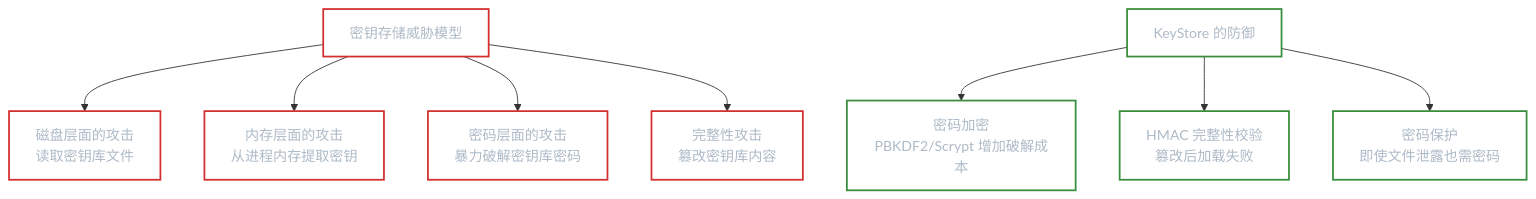
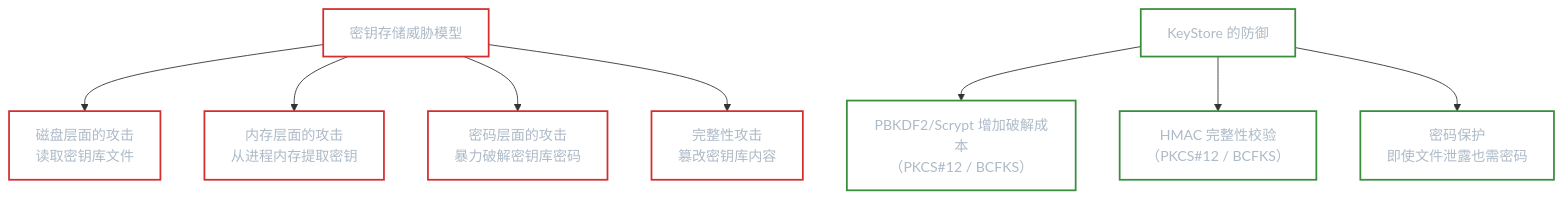
Before and after one commit to luguosong/programming-notes: the first of 4 diagrams in docs/topic/cryptography/key-storage/index.md, drawn with Mermaid. The commit also changed other lines of this file, not shown here.

Commit message:
docs: 修复密钥存储笔记审查问题（PKCS#12 KDF/HMAC 精确化、JKS 威胁模型限定）

````diff
--- a/docs/topic/cryptography/key-storage/index.md
+++ b/docs/topic/cryptography/key-storage/index.md
@@ -35,17 +35,17 @@
 ```mermaid
 graph TD
     A["密钥存储威胁模型"] --> B["磁盘层面的攻击<br/>读取密钥库文件"]
     A --> C["内存层面的攻击<br/>从进程内存提取密钥"]
     A --> D["密码层面的攻击<br/>暴力破解密钥库密码"]
     A --> E["完整性攻击<br/>篡改密钥库内容"]
 
-    F["KeyStore 的防御"] --> G["密码加密<br/>PBKDF2/Scrypt 增加破解成本"]
-    F --> H["HMAC 完整性校验<br/>篡改后加载失败"]
+    F["KeyStore 的防御"] --> G["PBKDF2/Scrypt 增加破解成本<br/>（PKCS#12 / BCFKS）"]
+    F --> H["HMAC 完整性校验<br/>（PKCS#12 / BCFKS）"]
     F --> I["密码保护<br/>即使文件泄露也需密码"]
 
     classDef threat fill:transparent,stroke:#d32f2f,color:#adbac7,stroke-width:2px
     classDef defense fill:transparent,stroke:#388e3c,color:#adbac7,stroke-width:2px
 
     class A,B,C,D,E threat
     class F,G,H,I defense
 ```
````
